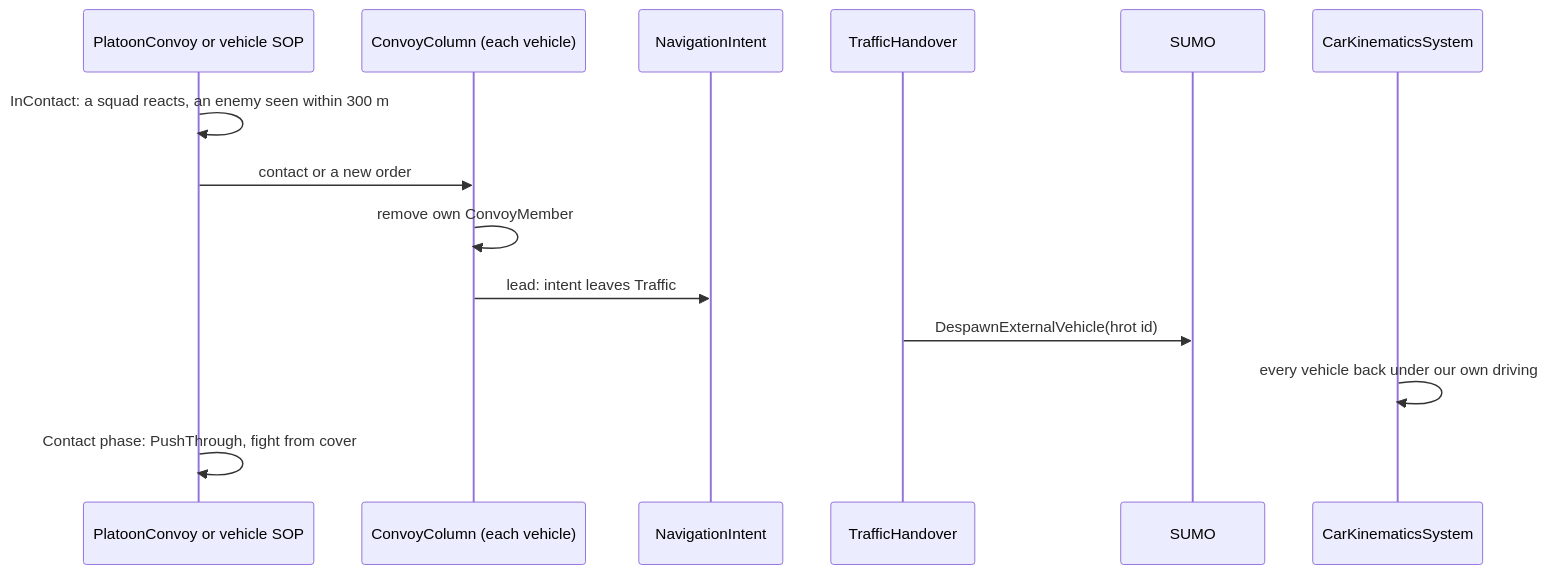
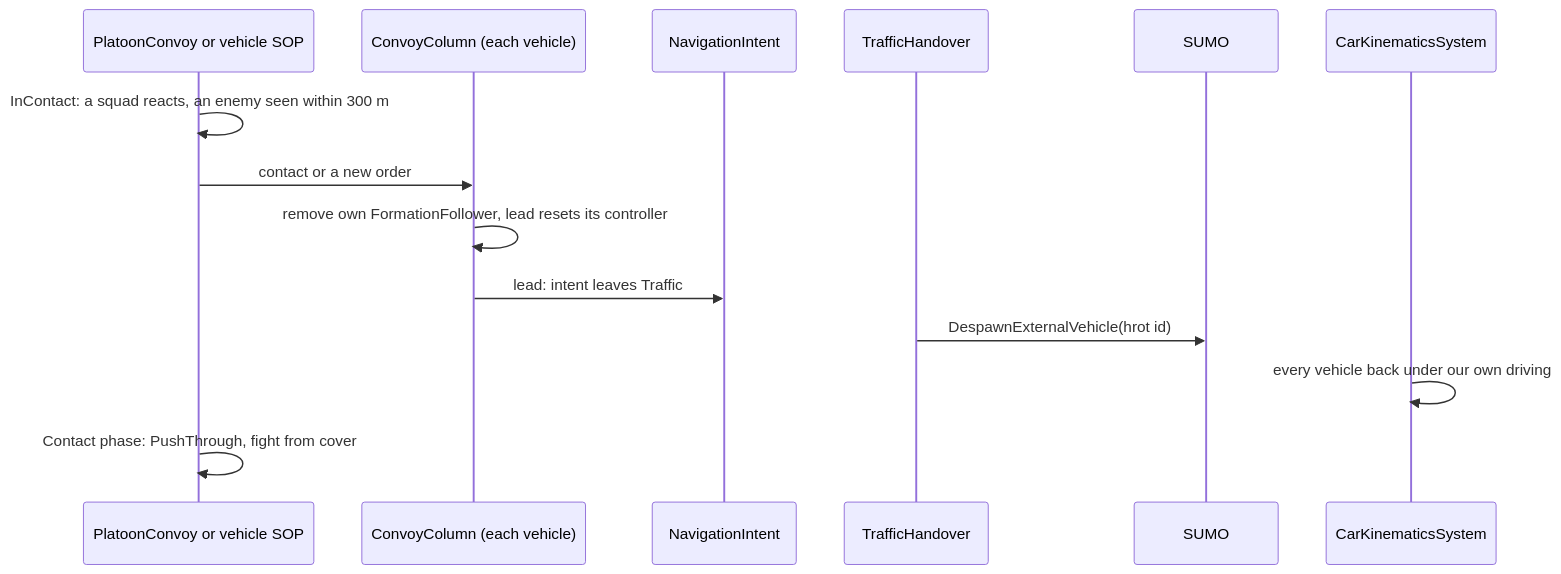
One commit to pjanec/HROT changed the third of 4 diagrams in docs/designs/vehicle-tactics/DESIGN_Road_Convoy.md. Above: the diagram before and after it, drawn with Mermaid. The commit also changed other lines of this file and 19 other files, not shown here.

````diff
--- a/docs/designs/vehicle-tactics/DESIGN_Road_Convoy.md
+++ b/docs/designs/vehicle-tactics/DESIGN_Road_Convoy.md
@@ -160,16 +167,16 @@
 ```mermaid
 sequenceDiagram
   participant P as PlatoonConvoy or vehicle SOP
   participant C as ConvoyColumn (each vehicle)
   participant N as NavigationIntent
   participant H as TrafficHandover
   participant S as SUMO
   participant K as CarKinematicsSystem
   P->>P: InContact: a squad reacts, an enemy seen within 300 m
   P->>C: contact or a new order
-  C->>C: remove own ConvoyMember
+  C->>C: remove own FormationFollower, lead resets its controller
   C->>N: lead: intent leaves Traffic
   H->>S: DespawnExternalVehicle(hrot id)
   K->>K: every vehicle back under our own driving
   P->>P: Contact phase: PushThrough, fight from cover
 ```
````
